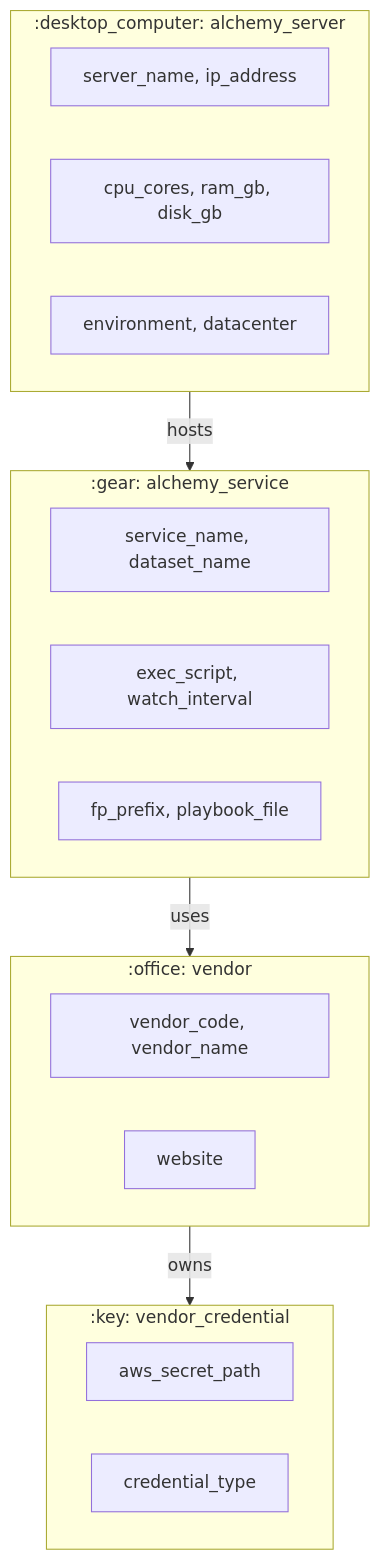
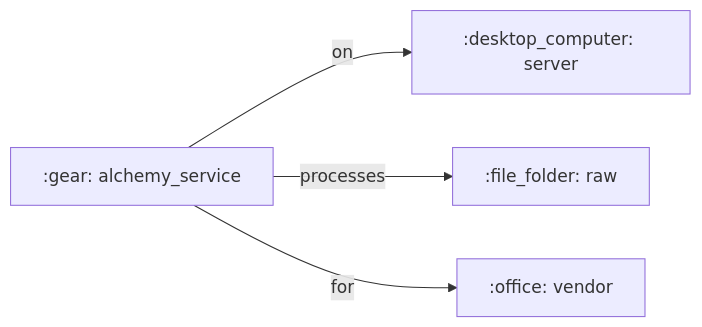
Before and after one commit to ThanuMahee12/AgentContext: the eighth of 22 diagrams in docs/brainstorms/investigation-db.md, drawn with Mermaid. The commit also changed other lines of this file, not shown here.

````diff
--- a/docs/brainstorms/investigation-db.md
+++ b/docs/brainstorms/investigation-db.md
@@ -154,28 +198,6 @@
 ```mermaid
-flowchart TB
-    subgraph Servers[":desktop_computer: alchemy_server"]
-        S1["server_name, ip_address"]
-        S2["cpu_cores, ram_gb, disk_gb"]
-        S3["environment, datacenter"]
-    end
-
-    subgraph Services[":gear: alchemy_service"]
-        SVC1["service_name, dataset_name"]
-        SVC2["exec_script, watch_interval"]
-        SVC3["fp_prefix, playbook_file"]
-    end
-
-    subgraph Vendor[":office: vendor"]
-        V1["vendor_code, vendor_name"]
-        V2["website"]
-    end
-
-    subgraph Cred[":key: vendor_credential"]
-        C1["aws_secret_path"]
-        C2["credential_type"]
-    end
-
-    Servers -->|hosts| Services
-    Vendor -->|owns| Cred
-    Services -->|uses| Vendor
+flowchart LR
+    SVC[":gear: alchemy_service"] -->|on| S[":desktop_computer: server"]
+    SVC -->|processes| R[":file_folder: raw"]
+    SVC -->|for| V[":office: vendor"]
 ```
````
